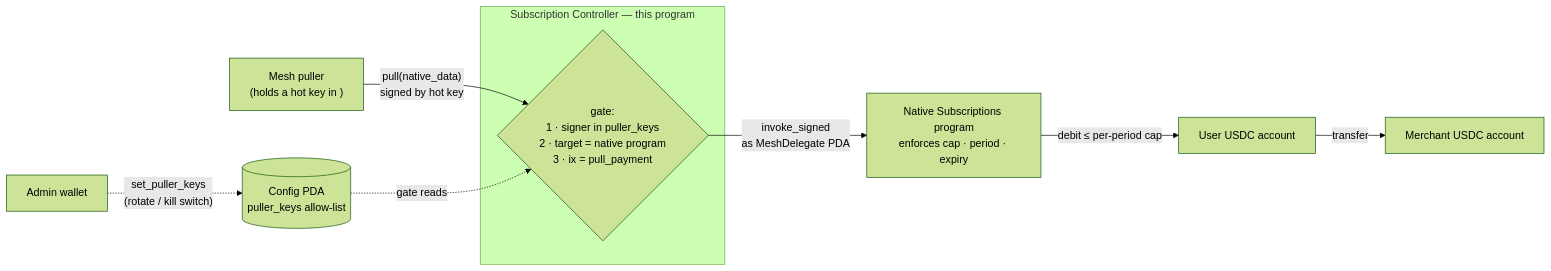
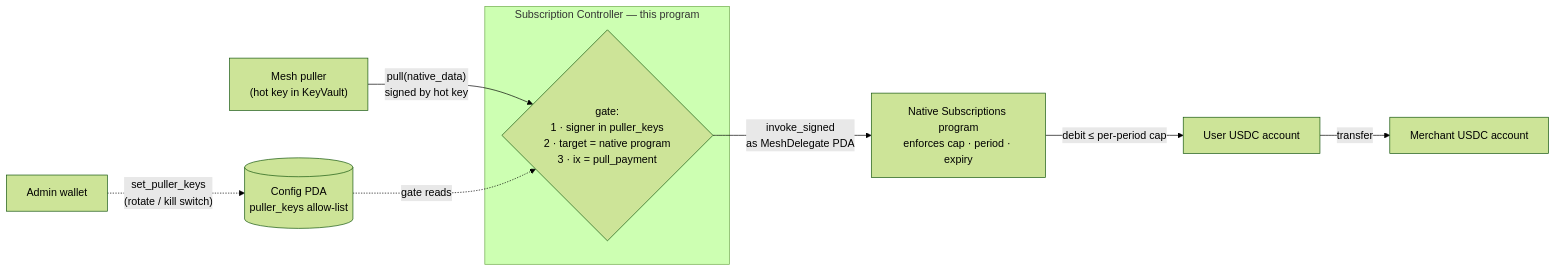
The diagram in README.md (FrontFin/subscriptions-smart-contracts), drawn with Mermaid (forest theme) before and after one commit.

````diff
--- a/README.md
+++ b/README.md
@@ -11,12 +11,12 @@
 ```mermaid
 flowchart LR
     Admin["Admin wallet"] -. "set_puller_keys<br/>(rotate / kill switch)" .-> Cfg[("Config PDA<br/>puller_keys allow-list")]
-    Puller["Mesh puller<br/>(holds a hot key in )"] -- "pull(native_data)<br/>signed by hot key" --> Ctrl
+    Puller["Mesh puller<br/>(hot key in KeyVault)"] -- "pull(native_data)<br/>signed by hot key" --> Ctrl
     subgraph Controller["Subscription Controller — this program"]
       Ctrl{"gate:<br/>1 · signer in puller_keys<br/>2 · target = native program<br/>3 · ix = pull_payment"}
     end
     Cfg -. "gate reads" .-> Ctrl
     Ctrl -- "invoke_signed<br/>as MeshDelegate PDA" --> Native["Native Subscriptions program<br/>enforces cap · period · expiry"]
     Native -- "debit ≤ per-period cap" --> User["User USDC account"]
     User -- transfer --> Merchant["Merchant USDC account"]
 ```
````
